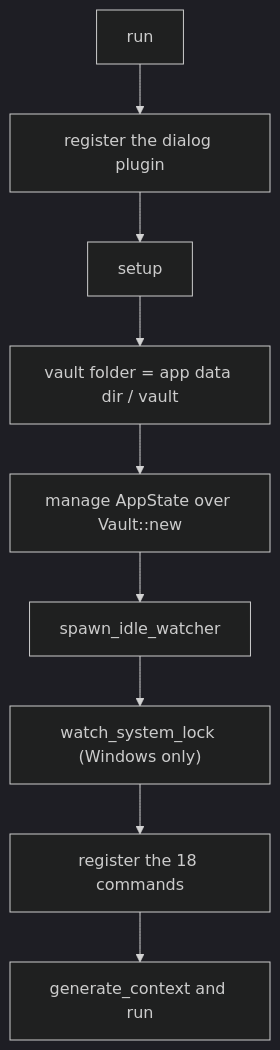
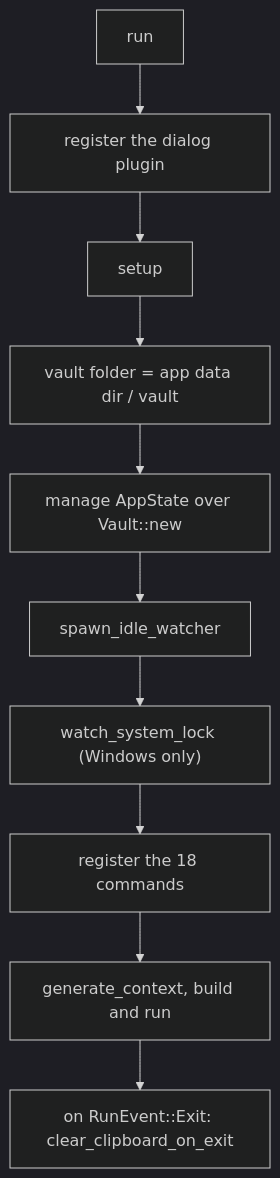
One commit to acevflow/lockwell changed the diagram in docs/files/src-tauri/src/lib.rs.md. Above: the diagram before and after it, drawn with Mermaid (dark theme). The commit also changed other lines of this file and 6 other files, not shown here.

First line of the commit message:
fix(security): clear the copied secret from the clipboard on exit

````diff
--- a/docs/files/src-tauri/src/lib.rs.md
+++ b/docs/files/src-tauri/src/lib.rs.md
@@ -35,11 +35,12 @@
 ```mermaid
 flowchart TD
     A[run] --> B[register the dialog plugin]
     B --> C[setup]
     C --> D[vault folder = app data dir / vault]
     D --> E[manage AppState over Vault::new]
     E --> F[spawn_idle_watcher]
     F --> G["watch_system_lock (Windows only)"]
     G --> H[register the 18 commands]
-    H --> I[generate_context and run]
+    H --> I[generate_context, build and run]
+    I --> J["on RunEvent::Exit: clear_clipboard_on_exit"]
 ```
````
